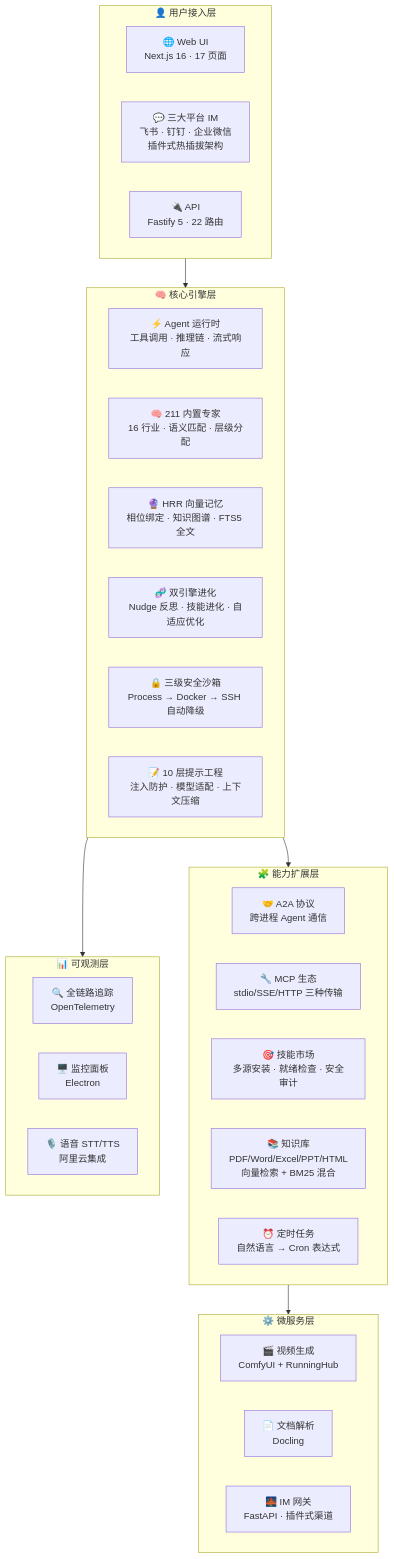
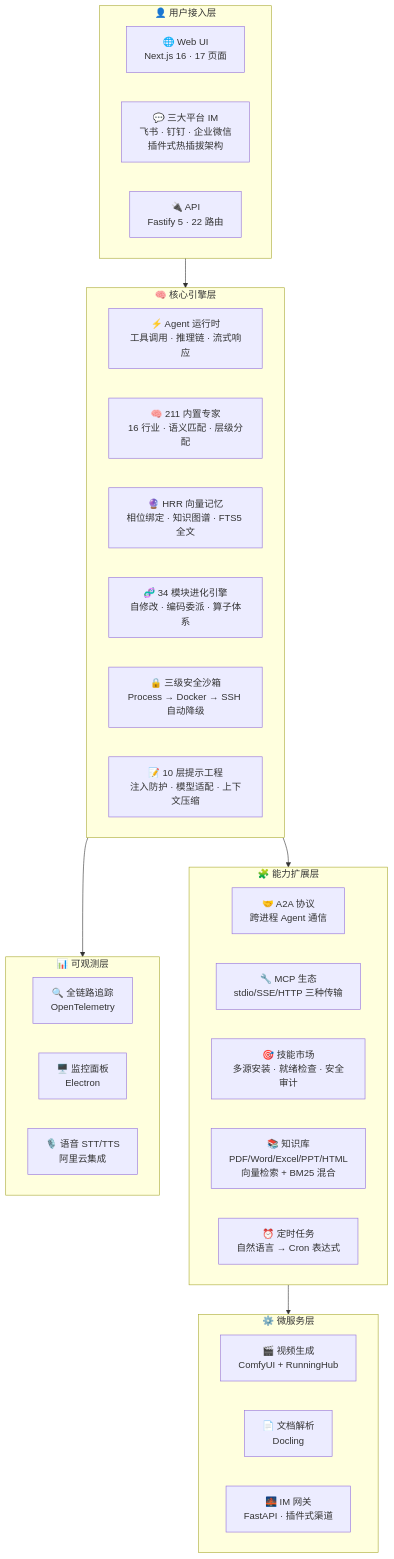
Before and after one commit to Louis830903/Super-Loong: the diagram in README.md, drawn with Mermaid. The commit also changed other lines of this file, not shown here.

````diff
--- a/README.md
+++ b/README.md
@@ -72,42 +75,42 @@
 ```mermaid
 graph TB
     subgraph 用户层["👤 用户接入层"]
         WebUI["🌐 Web UI<br/>Next.js 16 · 17 页面"]
         IM["💬 三大平台 IM<br/>飞书 · 钉钉 · 企业微信<br/>插件式热插拔架构"]
         API["🔌 API<br/>Fastify 5 · 22 路由"]
     end
 
     subgraph 核心层["🧠 核心引擎层"]
         Runtime["⚡ Agent 运行时<br/>工具调用 · 推理链 · 流式响应"]
         Experts["🧠 211 内置专家<br/>16 行业 · 语义匹配 · 层级分配"]
         Memory["🔮 HRR 向量记忆<br/>相位绑定 · 知识图谱 · FTS5 全文"]
-        Evolution["🧬 双引擎进化<br/>Nudge 反思 · 技能进化 · 自适应优化"]
+        Evolution["🧬 34 模块进化引擎<br/>自修改 · 编码委派 · 算子体系"]
         Sandbox["🔒 三级安全沙箱<br/>Process → Docker → SSH 自动降级"]
         Prompt["📝 10 层提示工程<br/>注入防护 · 模型适配 · 上下文压缩"]
     end
 
     subgraph 能力层["🧩 能力扩展层"]
         A2A["🤝 A2A 协议<br/>跨进程 Agent 通信"]
         MCP["🔧 MCP 生态<br/>stdio/SSE/HTTP 三种传输"]
         Skills["🎯 技能市场<br/>多源安装 · 就绪检查 · 安全审计"]
         KB["📚 知识库<br/>PDF/Word/Excel/PPT/HTML<br/>向量检索 + BM25 混合"]
         Cron["⏰ 定时任务<br/>自然语言 → Cron 表达式"]
     end
 
     subgraph 服务层["⚙️ 微服务层"]
         Video["🎬 视频生成<br/>ComfyUI + RunningHub"]
         KBParser["📄 文档解析<br/>Docling"]
         Gateway["🌉 IM 网关<br/>FastAPI · 插件式渠道"]
     end
 
     subgraph 观测层["📊 可观测层"]
         Tracing["🔍 全链路追踪<br/>OpenTelemetry"]
         Monitor["🖥️ 监控面板<br/>Electron"]
         TTS["🎙️ 语音 STT/TTS<br/>阿里云集成"]
     end
 
     用户层 --> 核心层
     核心层 --> 能力层
     能力层 --> 服务层
     核心层 --> 观测层
 ```
````
